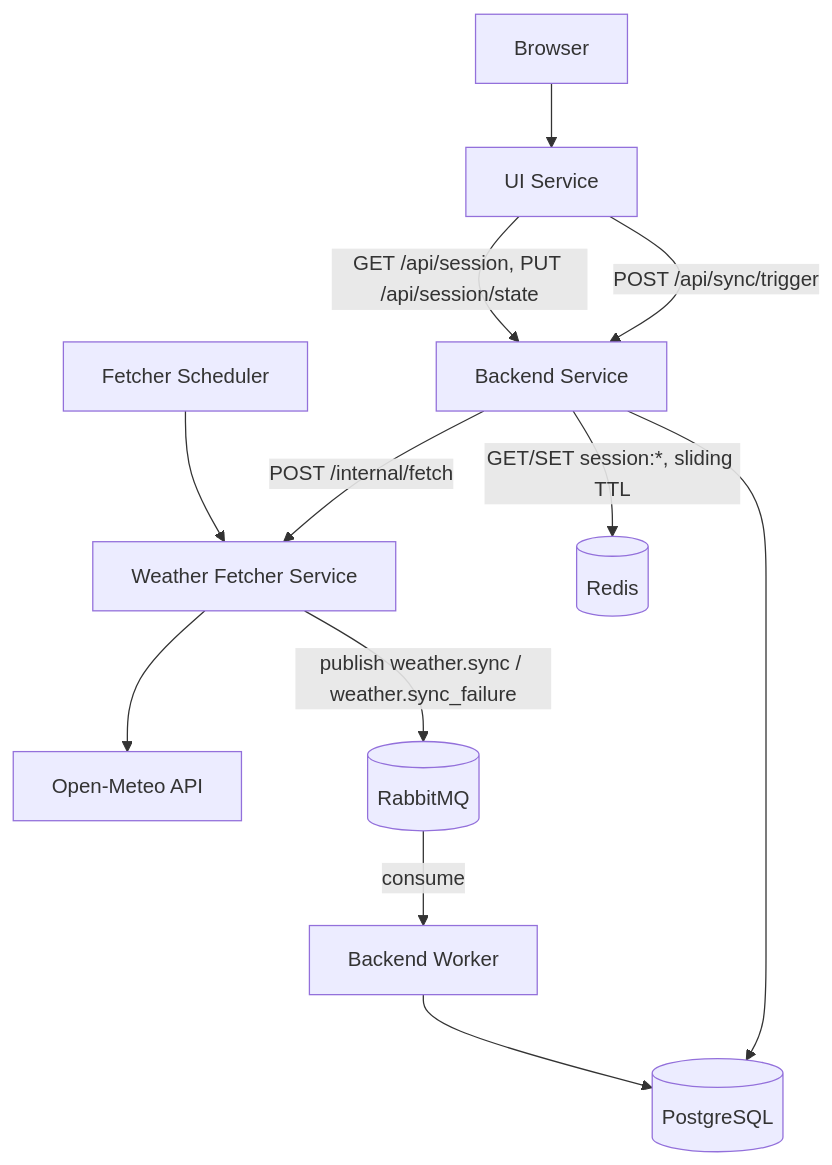
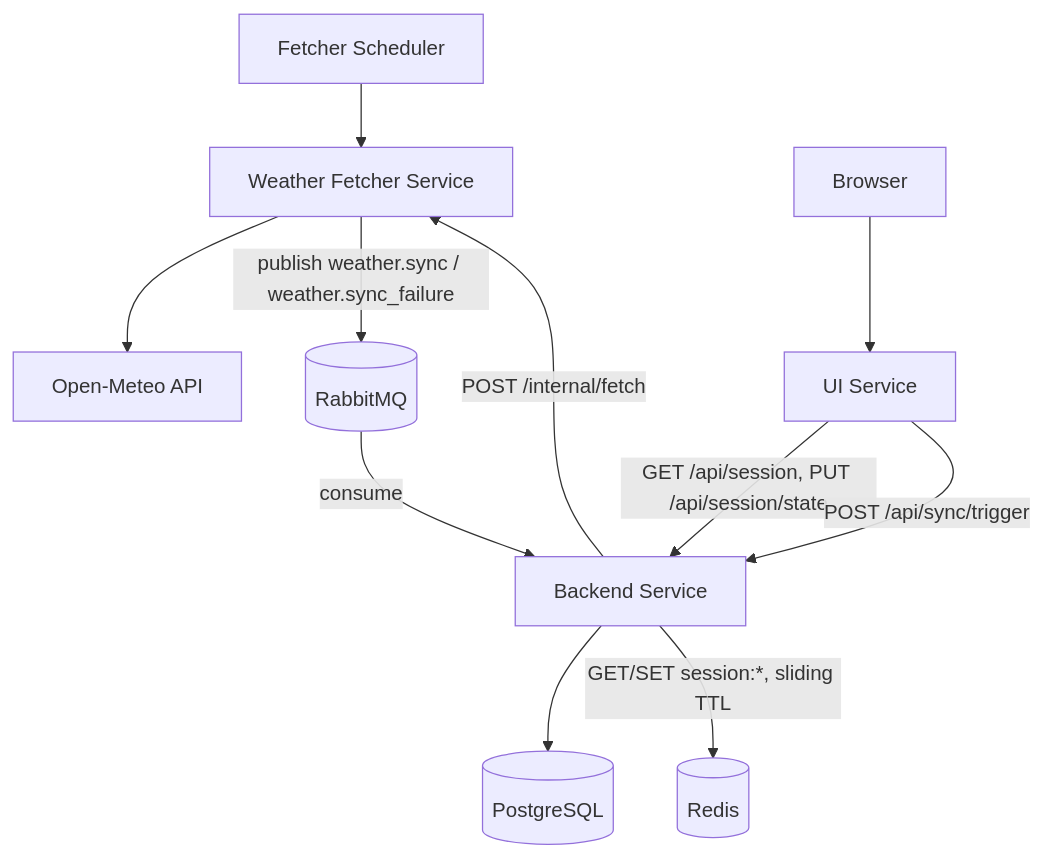
The first of 4 diagrams in docs/architecture.md (ua-academy-projects/push-and-pray), drawn with Mermaid before and after one commit. The commit also changed other lines of this file and 31 other files, not shown here.

````diff
--- a/docs/architecture.md
+++ b/docs/architecture.md
@@ -23,15 +22,14 @@
 ```mermaid
 flowchart TD
     Scheduler[Fetcher Scheduler] --> Fetcher[Weather Fetcher Service]
     Fetcher --> OpenMeteo[Open-Meteo API]
     Fetcher -->|publish weather.sync / weather.sync_failure| RabbitMQ[(RabbitMQ)]
-    RabbitMQ -->|consume| Worker[Backend Worker]
-    Worker --> PostgreSQL[(PostgreSQL)]
-    Backend --> PostgreSQL
+    RabbitMQ -->|consume| Backend[Backend Service]
+    Backend --> PostgreSQL[(PostgreSQL)]
     Backend -->|GET/SET session:*, sliding TTL| Redis[(Redis)]
 
     User[Browser] --> UI[UI Service]
-    UI -->|GET /api/session, PUT /api/session/state| Backend[Backend Service]
+    UI -->|GET /api/session, PUT /api/session/state| Backend
     UI -->|POST /api/sync/trigger| Backend
     Backend -->|POST /internal/fetch| Fetcher
 ```
````
